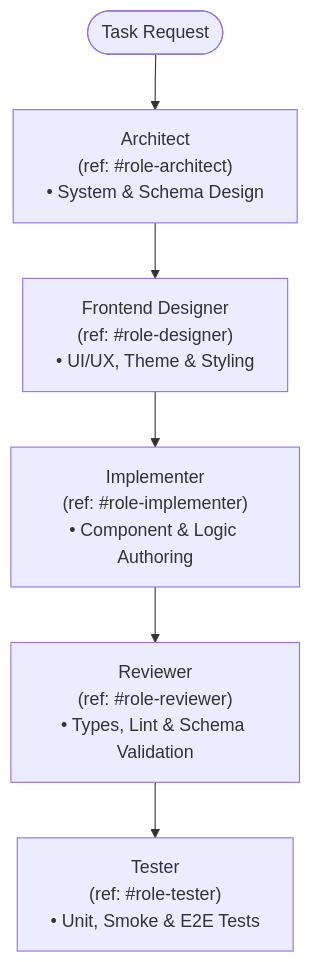
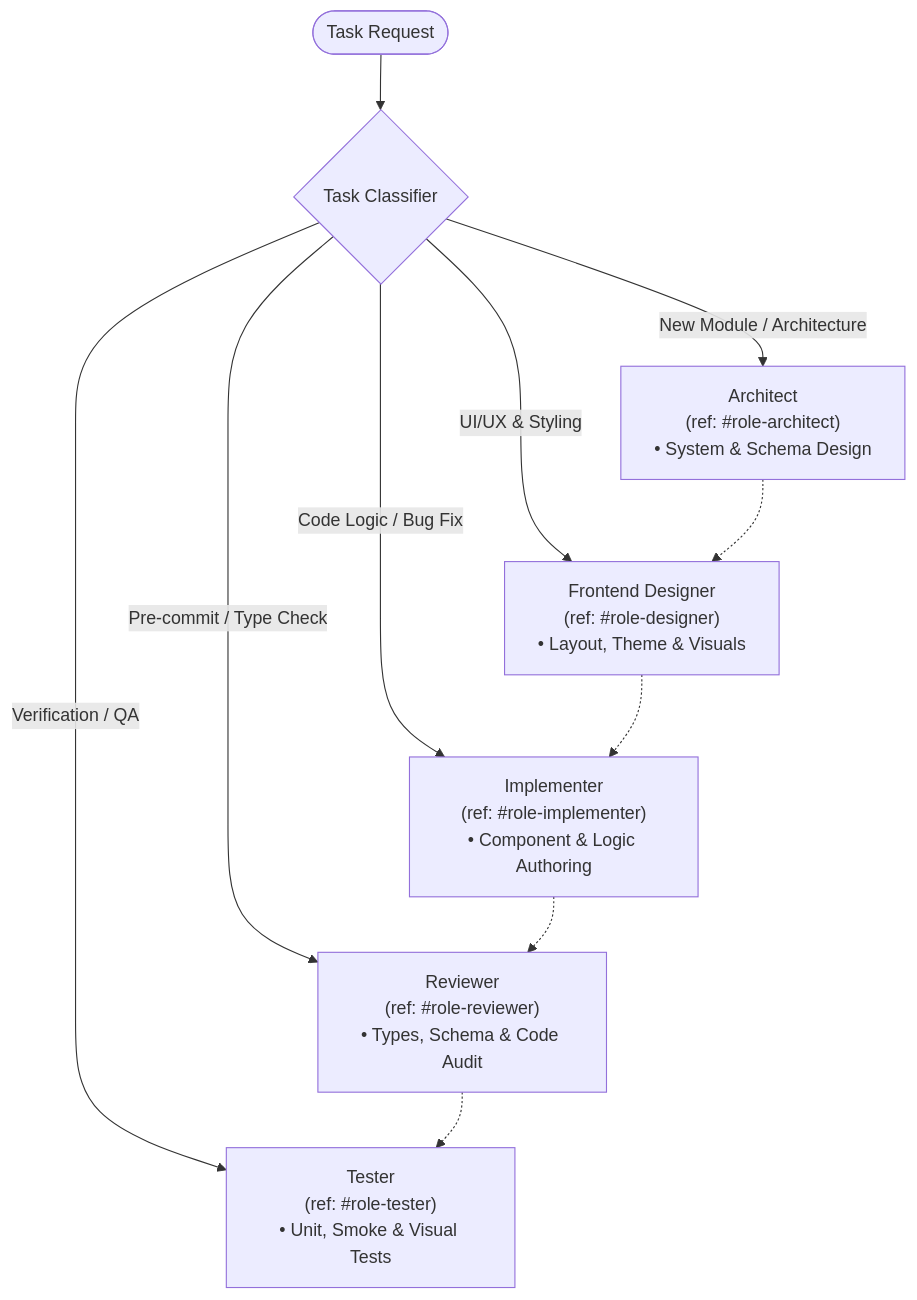
One commit to ryantr-statinops/my-portfolio changed the diagram in .agents/skills/role/SKILL.md. Above: the diagram before and after it, drawn with Mermaid. The commit also changed other lines of this file, not shown here.

Commit message:
refactor(skills): adopt dynamic task-based dispatcher in role skill

````diff
--- a/.agents/skills/role/SKILL.md
+++ b/.agents/skills/role/SKILL.md
@@ -14,14 +14,21 @@
 ```mermaid
 flowchart TD
-    TR([Task Request]) --> ARC["Architect<br>(ref: #role-architect)<br>• System & Schema Design"]
-    ARC --> DES["Frontend Designer<br>(ref: #role-designer)<br>• UI/UX, Theme & Styling"]
-    DES --> IMP["Implementer<br>(ref: #role-implementer)<br>• Component & Logic Authoring"]
-    IMP --> REV["Reviewer<br>(ref: #role-reviewer)<br>• Types, Lint & Schema Validation"]
-    REV --> TST["Tester<br>(ref: #role-tester)<br>• Unit, Smoke & E2E Tests"]
+    TR([Task Request]) --> DISPATCHER{Task Classifier}
+
+    DISPATCHER -- "New Module / Architecture" --> ARC["Architect<br>(ref: #role-architect)<br>• System & Schema Design"]
+    DISPATCHER -- "UI/UX & Styling" --> DES["Frontend Designer<br>(ref: #role-designer)<br>• Layout, Theme & Visuals"]
+    DISPATCHER -- "Code Logic / Bug Fix" --> IMP["Implementer<br>(ref: #role-implementer)<br>• Component & Logic Authoring"]
+    DISPATCHER -- "Pre-commit / Type Check" --> REV["Reviewer<br>(ref: #role-reviewer)<br>• Types, Schema & Code Audit"]
+    DISPATCHER -- "Verification / QA" --> TST["Tester<br>(ref: #role-tester)<br>• Unit, Smoke & Visual Tests"]
+
+    ARC -.-> DES
+    DES -.-> IMP
+    IMP -.-> REV
+    REV -.-> TST
 
     click ARC href "#role-architect" "Jump to Architect section"
     click DES href "#role-designer" "Jump to Designer section"
     click IMP href "#role-implementer" "Jump to Implementer section"
     click REV href "#role-reviewer" "Jump to Reviewer section"
     click TST href "#role-tester" "Jump to Tester section"
 ```
````
